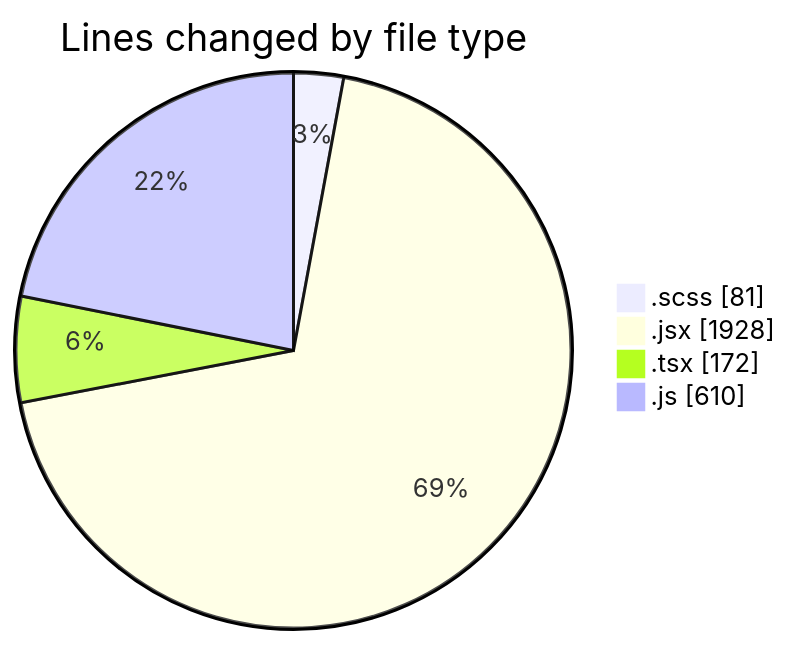
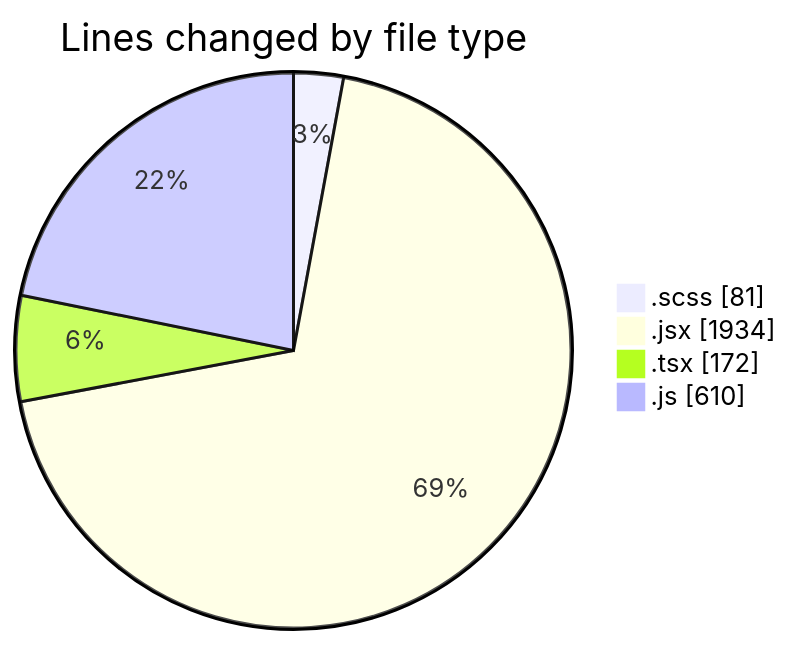
The first of 2 diagrams in 2025-06-03/cda/README.md (momahboobian/code-tracking), drawn with Mermaid before and after one commit. The commit also changed other lines of this file and 1 other file, not shown here.

````diff
--- a/2025-06-03/cda/README.md
+++ b/2025-06-03/cda/README.md
@@ -25,8 +25,8 @@
 ```mermaid
 pie showData
 title Lines changed by file type
 ".scss" : 81
-".jsx" : 1928
+".jsx" : 1934
 ".tsx" : 172
 ".js" : 610
 ```
````
